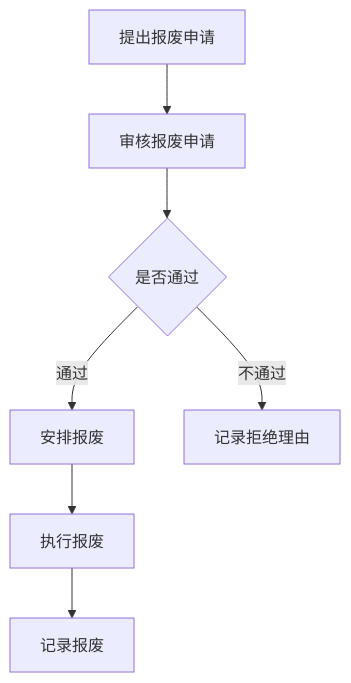
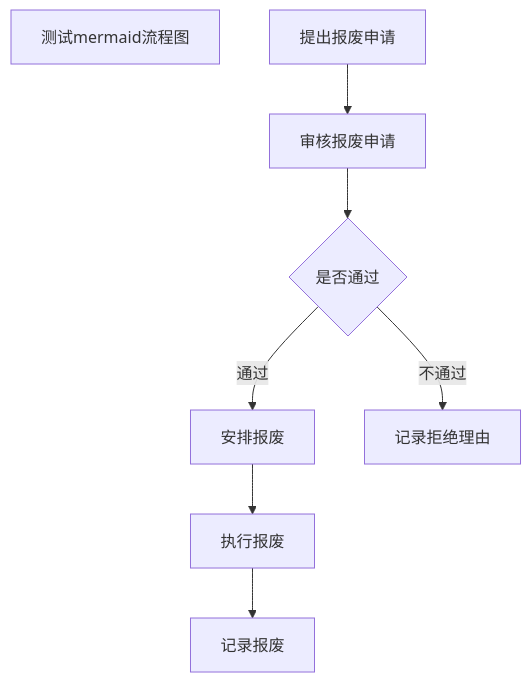
Before and after one commit to gitcpy/diagram-zoom-drag: the diagram in README.md, drawn with Mermaid. The commit also changed other lines of this file, not shown here.

````diff
--- a/README.md
+++ b/README.md
@@ -36,9 +36,10 @@
 	```mermaid
 	graph TD
+ 		X[测试mermaid流程图]
 	    A[提出报废申请] --> B[审核报废申请]
 	    B --> C{是否通过}
 	    C -->|通过| D[安排报废]
 	    D --> E[执行报废]
 	    E --> F[记录报废]
 	    C -->|不通过| G[记录拒绝理由]
 	```
````
